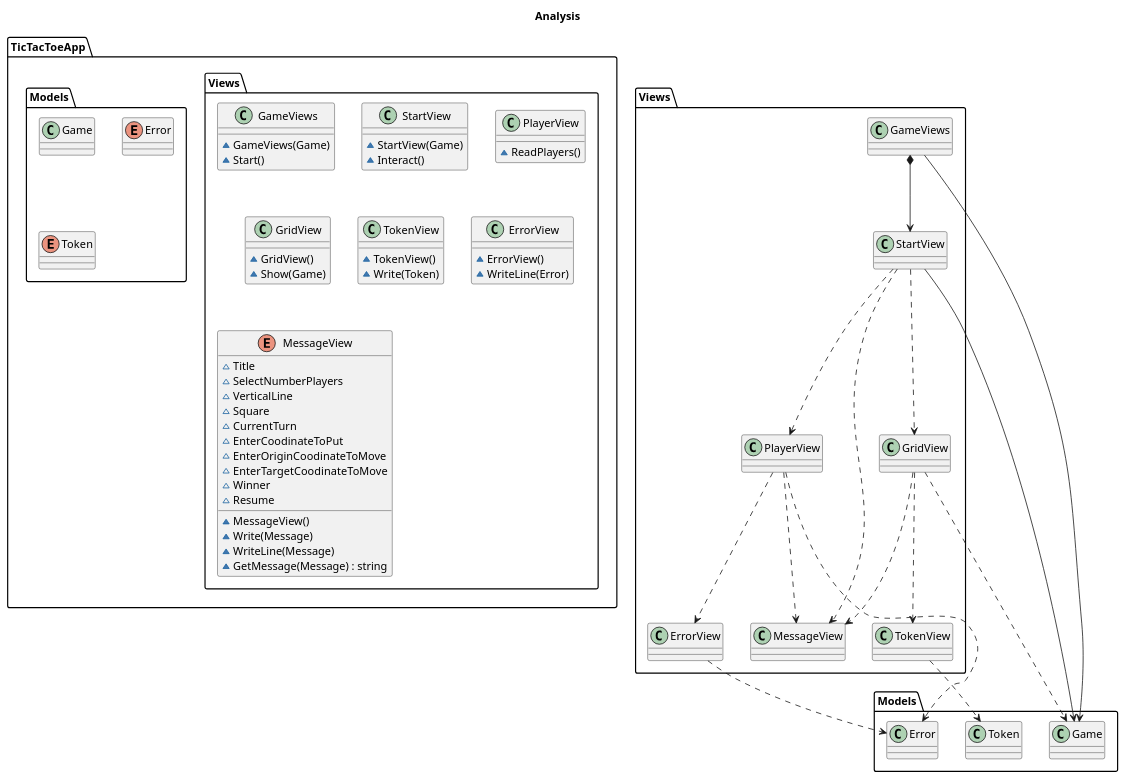
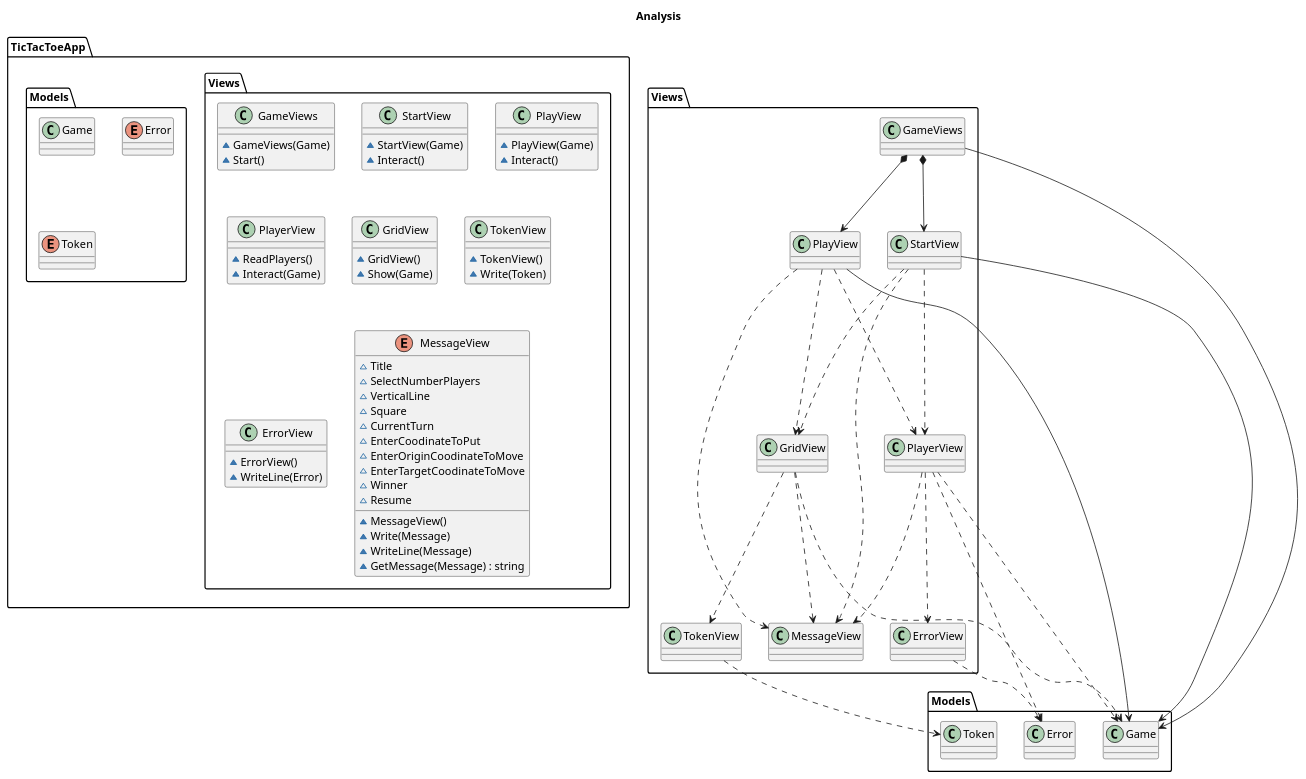
One commit to franpaulinoinfante/TicTacToe changed the seventh of 10 diagrams in src/DocumentView/Basic/Docs/Analysis.plantuml. Above: the diagram before and after it, drawn with PlantUML. The commit also changed other lines of this file, not shown here.

```diff
--- a/src/DocumentView/Basic/Docs/Analysis.plantuml
+++ b/src/DocumentView/Basic/Docs/Analysis.plantuml
@@ -410,81 +410,94 @@
 @startuml Analysis Views
     title Analysis 
 
     package TicTacToeApp{
         namespace Views{
             class GameViews{
                 ~GameViews(Game)
                 ~Start()
             }
 
             class StartView{
                 ~StartView(Game)
                 ~Interact()
             }
 
+            class PlayView{
+                ~PlayView(Game)
+                ~Interact()
+            }
+
             class PlayerView{
                 ~ReadPlayers()
+                ~Interact(Game)
             }
 
             class GridView{
                 ~GridView()
                 ~Show(Game)
             }
 
             class TokenView{
                 ~TokenView()
                 ~Write(Token)
             }
 
             class ErrorView{
                 ~ErrorView()
                 ~WriteLine(Error)
             }
 
             enum MessageView{
                 ~Title
                 ~SelectNumberPlayers
                 ~VerticalLine
                 ~Square
                 ~CurrentTurn
                 ~EnterCoodinateToPut
                 ~EnterOriginCoodinateToMove
                 ~EnterTargetCoodinateToMove
                 ~Winner
                 ~Resume
                 ~MessageView()
                 ~Write(Message)
                 ~WriteLine(Message)
                 ~GetMessage(Message) : string
             }
         }    
 
         namespace Models{
             class Game{}
             enum Error{}
             enum Token{}
         }
     }
 
+    Views.GameViews --> Models.Game
     Views.GameViews *--> Views.StartView    
-    Views.GameViews --> Models.Game
+    Views.GameViews *--> Views.PlayView    
 
     Views.StartView --> Models.Game
     Views.StartView ..> Views.MessageView
     Views.StartView ..> Views.PlayerView
     Views.StartView ..> Views.GridView
+    
+    Views.PlayView --> Models.Game
+    Views.PlayView ..> Views.MessageView
+    Views.PlayView ..> Views.PlayerView
+    Views.PlayView ..> Views.GridView
 
     Views.PlayerView ..> Views.MessageView
     Views.PlayerView ..> Models.Error
     Views.PlayerView ..> Views.ErrorView
+    Views.PlayerView ..> Models.Game
 
     Views.GridView ..> Models.Game
     Views.GridView ..> Views.MessageView
     Views.GridView ..> Views.TokenView
 
     Views.ErrorView ..> Models.Error
 
     Views.TokenView ..> Models.Token
 
 
 @enduml
```
